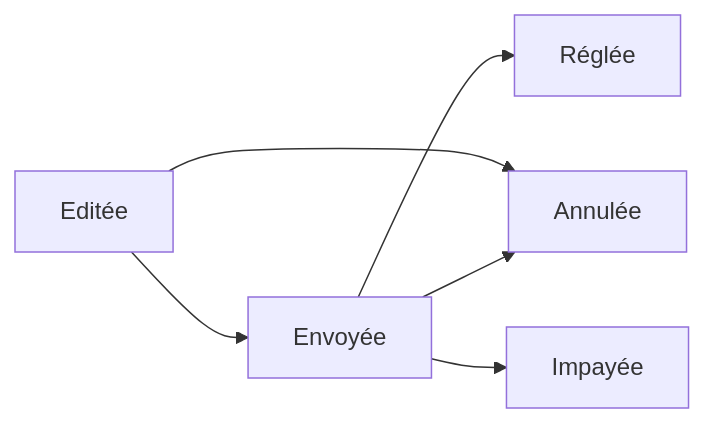
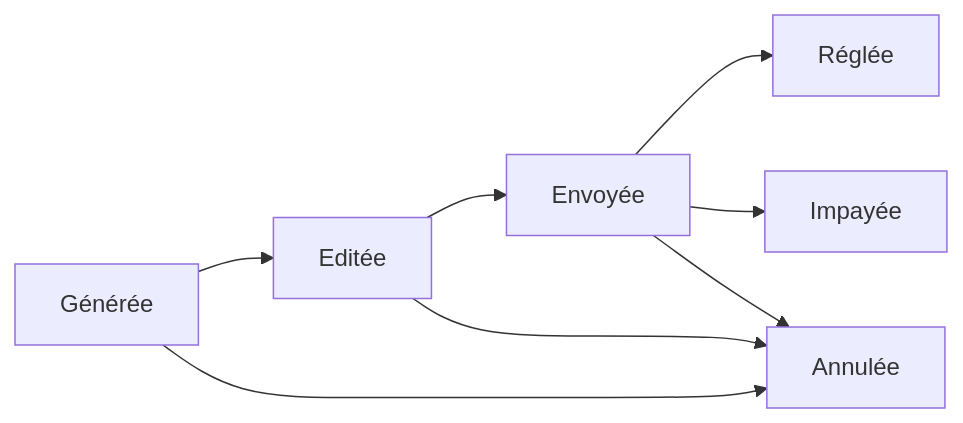
The diagram in README.md (studoo-app/symfony-workflow-invoice), drawn with Mermaid before and after one commit.

Commit message:
Fix Typo workflow in Readme

````diff
--- a/README.md
+++ b/README.md
@@ -10,9 +10,11 @@
 ```mermaid
     graph LR
-        A["Editée"]-->B["Envoyée"];
-        B["Envoyée"]-->C["Réglée"];
-        A["Editée"]-->D["Annulée"];
-        B["Envoyée"]-->D["Annulée"];
-        B["Envoyée"]-->E["Impayée"];
+        A["Générée"]-->B["Editée"]
+        B["Editée"]-->C["Envoyée"];
+        C["Envoyée"]-->D["Réglée"];
+        A["Générée"]-->E["Annulée"];
+        B["Editée"]-->E["Annulée"];
+        C["Envoyée"]-->E["Annulée"];
+        C["Envoyée"]-->F["Impayée"];
         
 ```
````
